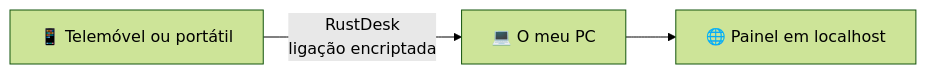
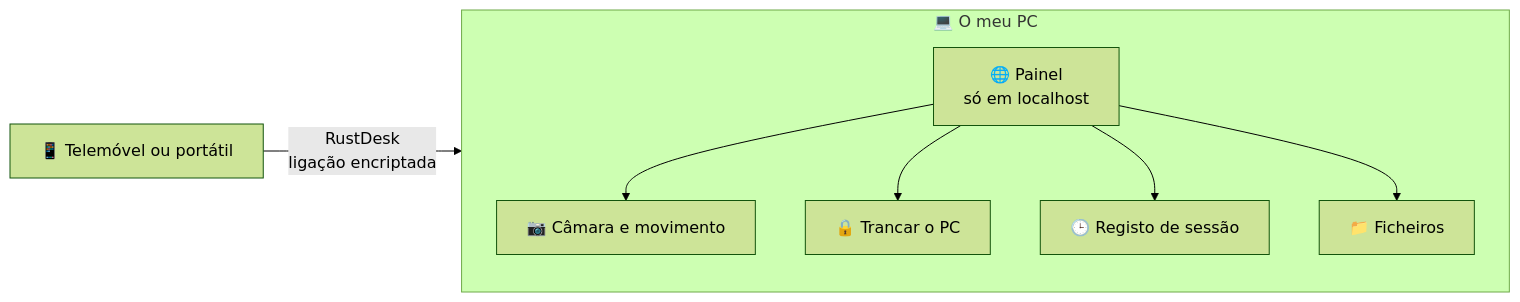
The first of 2 diagrams in README.md (21Filip21/system-monitor-showcase), drawn with Mermaid (forest theme) before and after one commit. The commit also changed other lines of this file, not shown here.

````diff
--- a/README.md
+++ b/README.md
@@ -28,5 +35,10 @@
 ```mermaid
 flowchart LR
-    A["📱 Telemóvel ou portátil"] -- "RustDesk<br/>ligação encriptada" --> B["💻 O meu PC"]
-    B --> C["🌐 Painel em localhost"]
+    A["📱 Telemóvel ou portátil"] -- "RustDesk<br/>ligação encriptada" --> B
+    subgraph B["💻 O meu PC"]
+        C["🌐 Painel<br/>só em localhost"] --> D["📷 Câmara e movimento"]
+        C --> E["🔒 Trancar o PC"]
+        C --> F["🕒 Registo de sessão"]
+        C --> G["📁 Ficheiros"]
+    end
 ```
````
